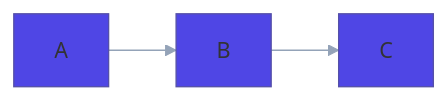
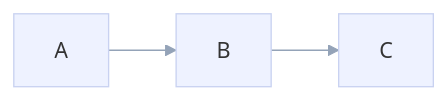
One commit to tech-leads-club/agent-skills changed diagram 27 of 27 in packages/skills-catalog/skills/(tooling)/mermaid-studio/references/diagram-types.md. Above: the diagram before and after it, drawn with Mermaid. The commit also changed other lines of this file and 6 other files, not shown here.

First line of the commit message:
fix(skills-catalog): ensure readable mermaid light palettes

````diff
--- a/packages/skills-catalog/skills/(tooling)/mermaid-studio/references/diagram-types.md
+++ b/packages/skills-catalog/skills/(tooling)/mermaid-studio/references/diagram-types.md
@@ -729,13 +729,13 @@
 ```mermaid
 ---
 config:
   theme: base
   look: classic
   layout: dagre
   themeVariables:
-    primaryColor: "#4f46e5"
+    primaryColor: "#eef2ff"
     lineColor: "#94a3b8"
 ---
 flowchart LR
     A --> B --> C
 ```
````
